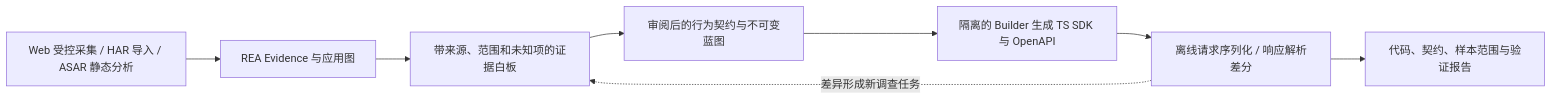
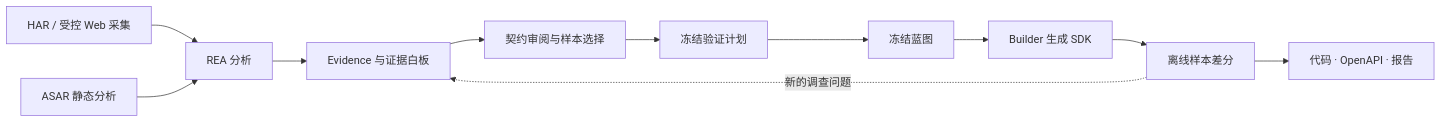
One commit to NIU-123370/rea-workbench changed the diagram in README.md. Above: the diagram before and after it, drawn with Mermaid. The commit also changed other lines of this file and 5 other files, not shown here.

````diff
--- a/README.md
+++ b/README.md
@@ -9,10 +65,13 @@
 ```mermaid
 flowchart LR
-  A[Web 受控采集 / HAR 导入 / ASAR 静态分析] --> B[REA Evidence 与应用图]
-  B --> C[带来源、范围和未知项的证据白板]
-  C --> D[审阅后的行为契约与不可变蓝图]
-  D --> E[隔离的 Builder 生成 TS SDK 与 OpenAPI]
-  E --> F[离线请求序列化 / 响应解析差分]
-  F --> G[代码、契约、样本范围与验证报告]
-  F -.差异形成新调查任务.-> C
+    A[HAR / 受控 Web 采集] --> B[REA 分析]
+    S[ASAR 静态分析] --> B
+    B --> C[Evidence 与证据白板]
+    C --> D[契约审阅与样本选择]
+    D --> E[冻结验证计划]
+    E --> P[冻结蓝图]
+    P --> F[Builder 生成 SDK]
+    F --> G[离线样本差分]
+    G --> H[代码 · OpenAPI · 报告]
+    G -. 新的调查问题 .-> C
 ```
````
